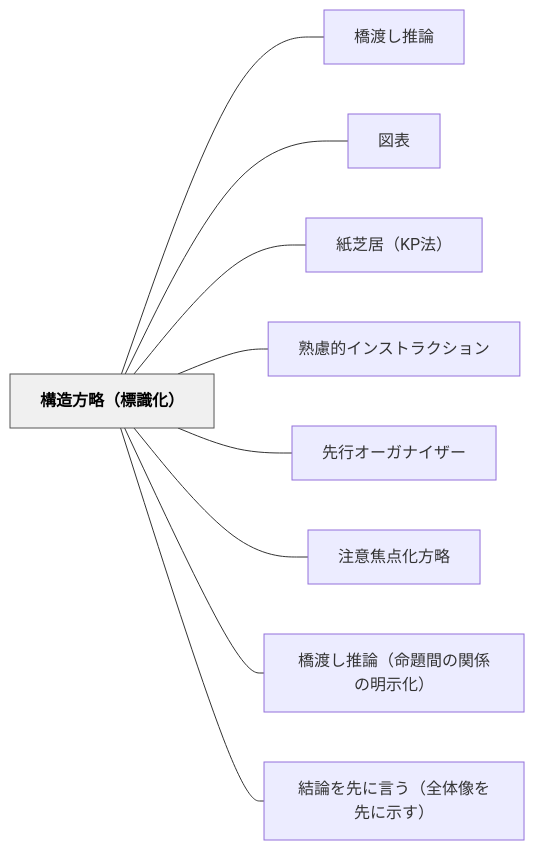
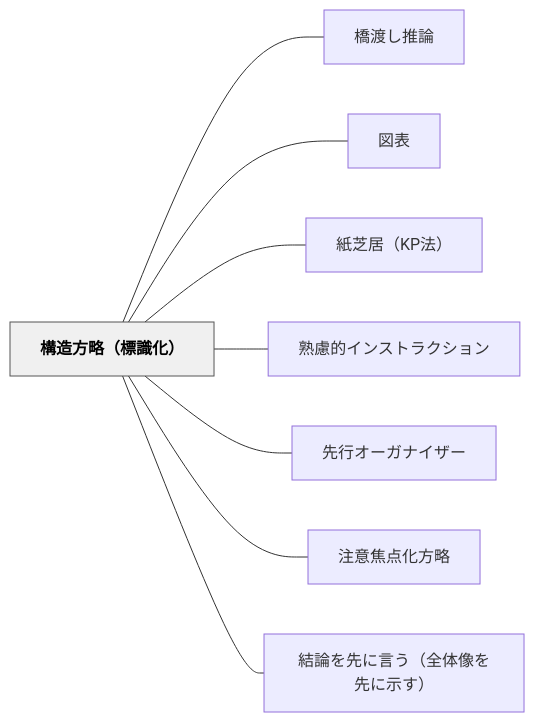
One commit to unknownthings-ed-patterns/unknownthings-ed-patterns changed the diagram in content/パタン/構造方略（標識化）.md. Above: the diagram before and after it, drawn with Mermaid. The commit also changed other lines of this file and 18 other files, not shown here.

````diff
--- a/content/パタン/構造方略（標識化）.md
+++ b/content/パタン/構造方略（標識化）.md
@@ -44,24 +44,22 @@
 ```mermaid
 flowchart LR
     ne6a78be980a0e696b9e795a5efbc88e6a899e8ad98e58c96efbc89["構造方略（標識化）"]
     ne6a98be6b8a1e38197e68ea8e8ab96["橋渡し推論"]
     ne59bb3e8a1a8["図表"]
     ne7b499e88a9de5b185efbc884b50e6b395efbc89["紙芝居（KP法）"]
     ne7869fe685aee79a84e382a4e383b3e382b9e38388e383a9e382afe382b7e383a7e383b3["熟慮的インストラクション"]
     ne58588e8a18ce382aae383bce382ace3838ae382a4e382b6e383bc["先行オーガナイザー"]
     ne6b3a8e6848fe784a6e782b9e58c96e696b9e795a5["注意焦点化方略"]
-    ne6a98be6b8a1e38197e68ea8e8ab96efbc88e591bde9a18ce99693e381aee996a2e4bf82e381aee6988ee7a4bae58c96efbc89["橋渡し推論（命題間の関係の明示化）"]
     ne7b590e8ab96e38292e58588e381abe8a880e38186efbc88e585a8e4bd93e5838fe38292e58588e381abe7a4bae38199efbc89["結論を先に言う（全体像を先に示す）"]
 
     ne6a78be980a0e696b9e795a5efbc88e6a899e8ad98e58c96efbc89 --- ne6a98be6b8a1e38197e68ea8e8ab96
     ne6a78be980a0e696b9e795a5efbc88e6a899e8ad98e58c96efbc89 --- ne59bb3e8a1a8
     ne6a78be980a0e696b9e795a5efbc88e6a899e8ad98e58c96efbc89 --- ne7b499e88a9de5b185efbc884b50e6b395efbc89
     ne6a78be980a0e696b9e795a5efbc88e6a899e8ad98e58c96efbc89 --- ne7869fe685aee79a84e382a4e383b3e382b9e38388e383a9e382afe382b7e383a7e383b3
     ne6a78be980a0e696b9e795a5efbc88e6a899e8ad98e58c96efbc89 --- ne58588e8a18ce382aae383bce382ace3838ae382a4e382b6e383bc
     ne6a78be980a0e696b9e795a5efbc88e6a899e8ad98e58c96efbc89 --- ne6b3a8e6848fe784a6e782b9e58c96e696b9e795a5
-    ne6a78be980a0e696b9e795a5efbc88e6a899e8ad98e58c96efbc89 --- ne6a98be6b8a1e38197e68ea8e8ab96efbc88e591bde9a18ce99693e381aee996a2e4bf82e381aee6988ee7a4bae58c96efbc89
     ne6a78be980a0e696b9e795a5efbc88e6a899e8ad98e58c96efbc89 --- ne7b590e8ab96e38292e58588e381abe8a880e38186efbc88e585a8e4bd93e5838fe38292e58588e381abe7a4bae38199efbc89
 
     classDef hub fill:#f0f0f0,stroke:#555,color:#000,font-weight:bold
     class ne6a78be980a0e696b9e795a5efbc88e6a899e8ad98e58c96efbc89 hub
 ```
````
